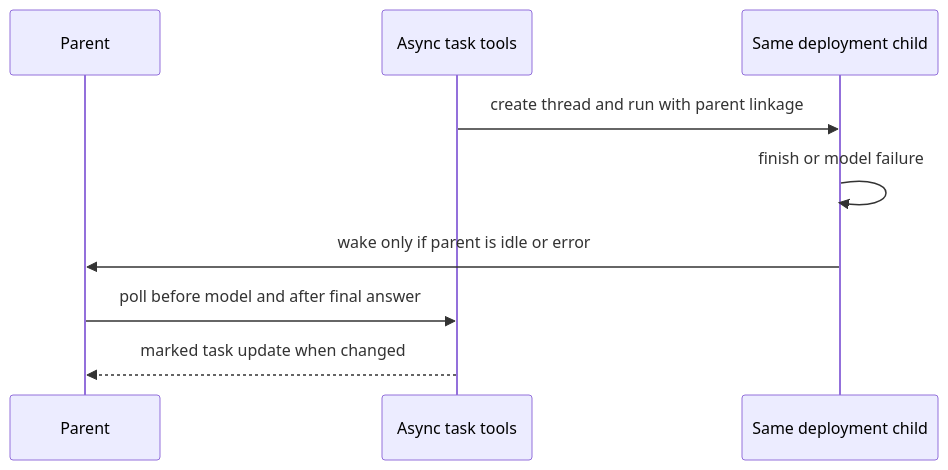
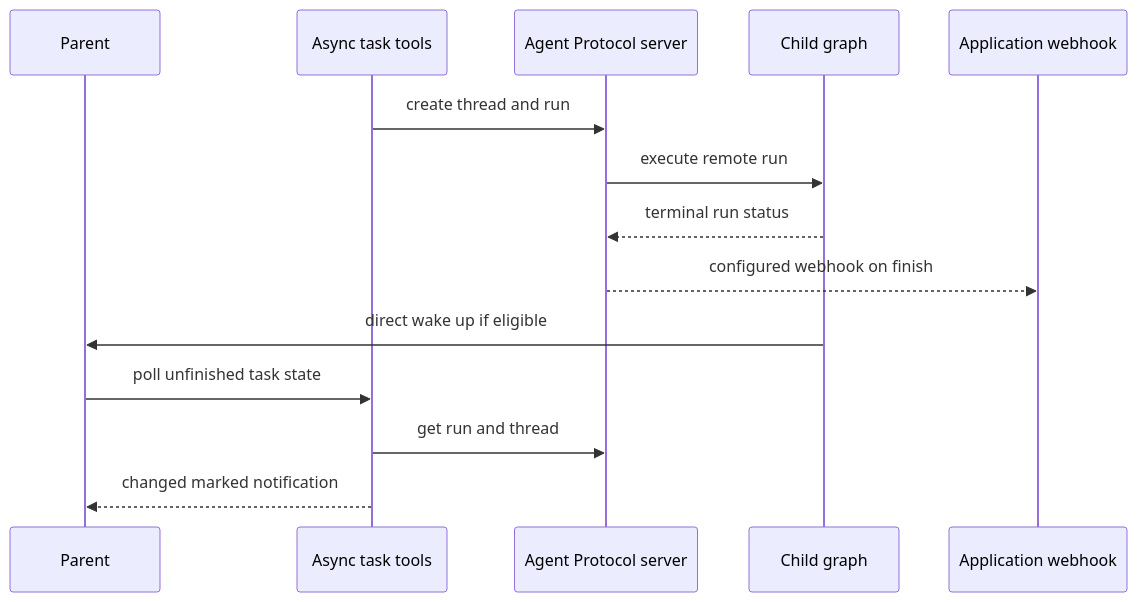
One commit to langchain-ai/deepagents changed the third of 4 diagrams in openwiki/concepts/subagents-skills.md. Above: the diagram before and after it, drawn with Mermaid. The commit also changed other lines of this file and 35 other files, not shown here.

````diff
--- a/openwiki/concepts/subagents-skills.md
+++ b/openwiki/concepts/subagents-skills.md
@@ -116,11 +108,16 @@
 ```mermaid
 sequenceDiagram
     participant Parent
-    participant AsyncTools as Async task tools
-    participant Child as Same deployment child
-    AsyncTools->>Child: create thread and run with parent linkage
-    Child->>Child: finish or model failure
-    Child->>Parent: wake only if parent is idle or error
-    Parent->>AsyncTools: poll before model and after final answer
-    AsyncTools-->>Parent: marked task update when changed
+    participant Tools as Async task tools
+    participant Server as Agent Protocol server
+    participant Child as Child graph
+    participant Hook as Application webhook
+    Tools->>Server: create thread and run
+    Server->>Child: execute remote run
+    Child-->>Server: terminal run status
+    Server-->>Hook: configured webhook on finish
+    Child->>Parent: direct wake up if eligible
+    Parent->>Tools: poll unfinished task state
+    Tools->>Server: get run and thread
+    Tools-->>Parent: changed marked notification
 ```
````
